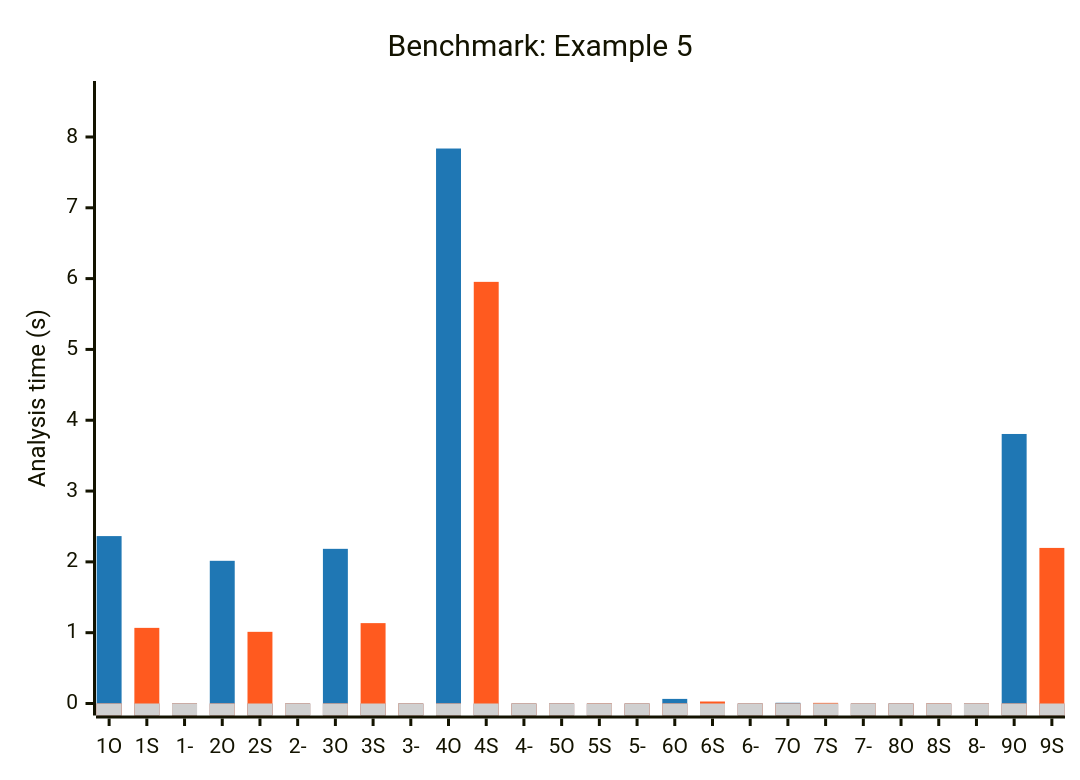
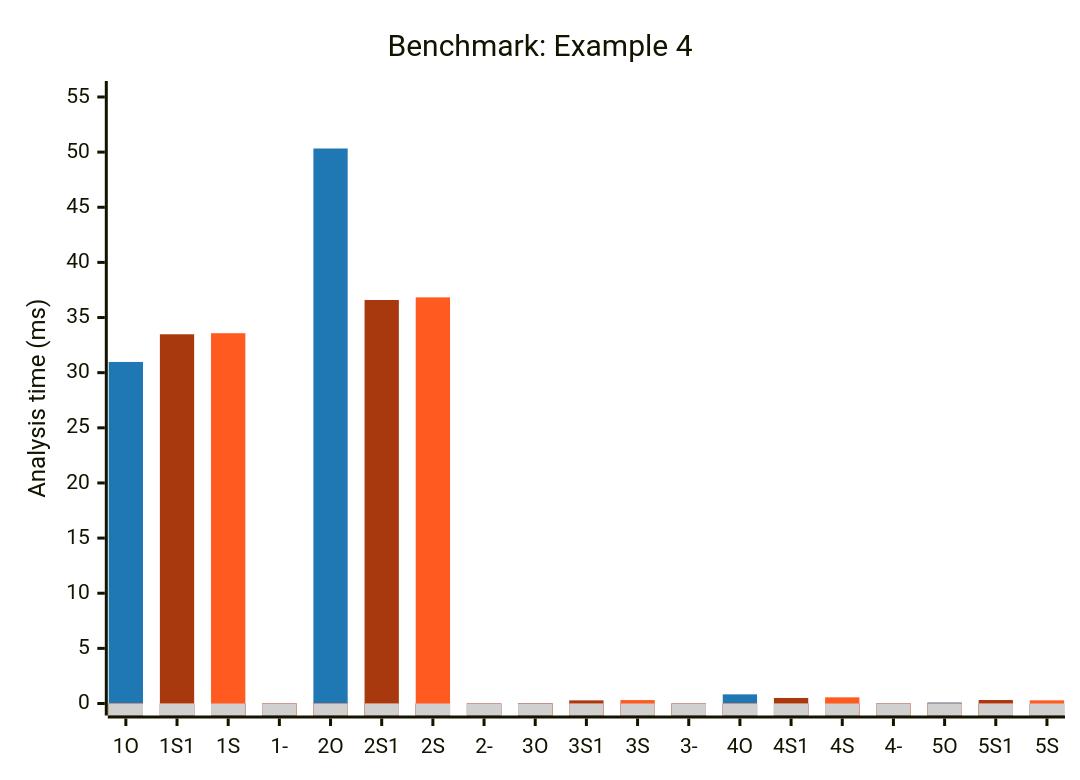
Before and after one commit to NathanaelRea/Strut: the seventh of 9 diagrams in docs/benchmark-opensees-examples.md, drawn with Mermaid. The commit also changed other lines of this file and 66 other files, not shown here.

````diff
--- a/docs/benchmark-opensees-examples.md
+++ b/docs/benchmark-opensees-examples.md
@@ -106,15 +174,16 @@
 ```mermaid
 ---
 config:
   themeVariables:
     xyChart:
-      plotColorPalette: '#1f77b4, #FF5A1F, #d0d0d0'
+      plotColorPalette: '#1f77b4, #a8390f, #FF5A1F, #d0d0d0'
 ---
 xychart-beta
-    title "Benchmark: Example 5"
-    x-axis ["1O", "1S", "1-", "2O", "2S", "2-", "3O", "3S", "3-", "4O", "4S", "4-", "5O", "5S", "5-", "6O", "6S", "6-", "7O", "7S", "7-", "8O", "8S", "8-", "9O", "9S"]
-    y-axis "Analysis time (s)" 0 --> 8.621
-    bar "OS" [2.364, 0.0, 0.0, 2.015, 0.0, 0.0, 2.184, 0.0, 0.0, 7.837, 0.0, 0.0, 0.001, 0.0, 0.0, 0.065, 0.0, 0.0, 0.010, 0.0, 0.0, 0.001, 0.0, 0.0, 3.806, 0.0]
-    bar "STR" [0.0, 1.068, 0.0, 0.0, 1.012, 0.0, 0.0, 1.135, 0.0, 0.0, 5.954, 0.0, 0.0, 0.001, 0.0, 0.0, 0.028, 0.0, 0.0, 0.009, 0.0, 0.0, 0.001, 0.0, 0.0, 2.197]
-    bar "mask" [0.0, 0.0, 0.0, 0.0, 0.0, 0.0, 0.0, 0.0, 0.0, 0.0, 0.0, 0.0, 0.0, 0.0, 0.0, 0.0, 0.0, 0.0, 0.0, 0.0, 0.0, 0.0, 0.0, 0.0, 0.0, 0.0]
+    title "Benchmark: Example 4"
+    x-axis ["1O", "1S1", "1S", "1-", "2O", "2S1", "2S", "2-", "3O", "3S1", "3S", "3-", "4O", "4S1", "4S", "4-", "5O", "5S1", "5S"]
+    y-axis "Analysis time (ms)" 0 --> 55.361
+    bar "OS" [30.972, 0.0, 0.0, 0.0, 50.328, 0.0, 0.0, 0.0, 0.045, 0.0, 0.0, 0.0, 0.829, 0.0, 0.0, 0.0, 0.090, 0.0, 0.0]
+    bar "STR1" [0.0, 33.481, 0.0, 0.0, 0.0, 36.591, 0.0, 0.0, 0.0, 0.284, 0.0, 0.0, 0.0, 0.501, 0.0, 0.0, 0.0, 0.315, 0.0]
+    bar "STR" [0.0, 0.0, 33.579, 0.0, 0.0, 0.0, 36.829, 0.0, 0.0, 0.0, 0.311, 0.0, 0.0, 0.0, 0.559, 0.0, 0.0, 0.0, 0.288]
+    bar "mask" [0.0, 0.0, 0.0, 0.0, 0.0, 0.0, 0.0, 0.0, 0.0, 0.0, 0.0, 0.0, 0.0, 0.0, 0.0, 0.0, 0.0, 0.0, 0.0]
 ```
````
